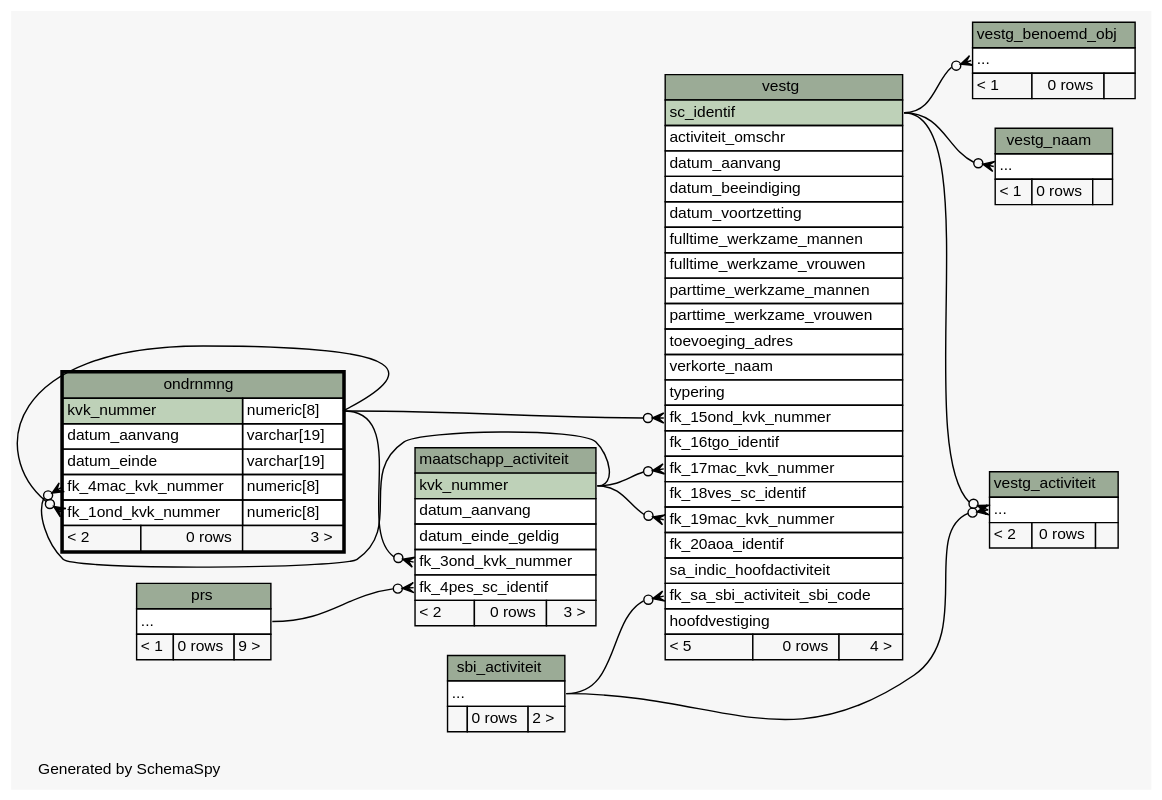
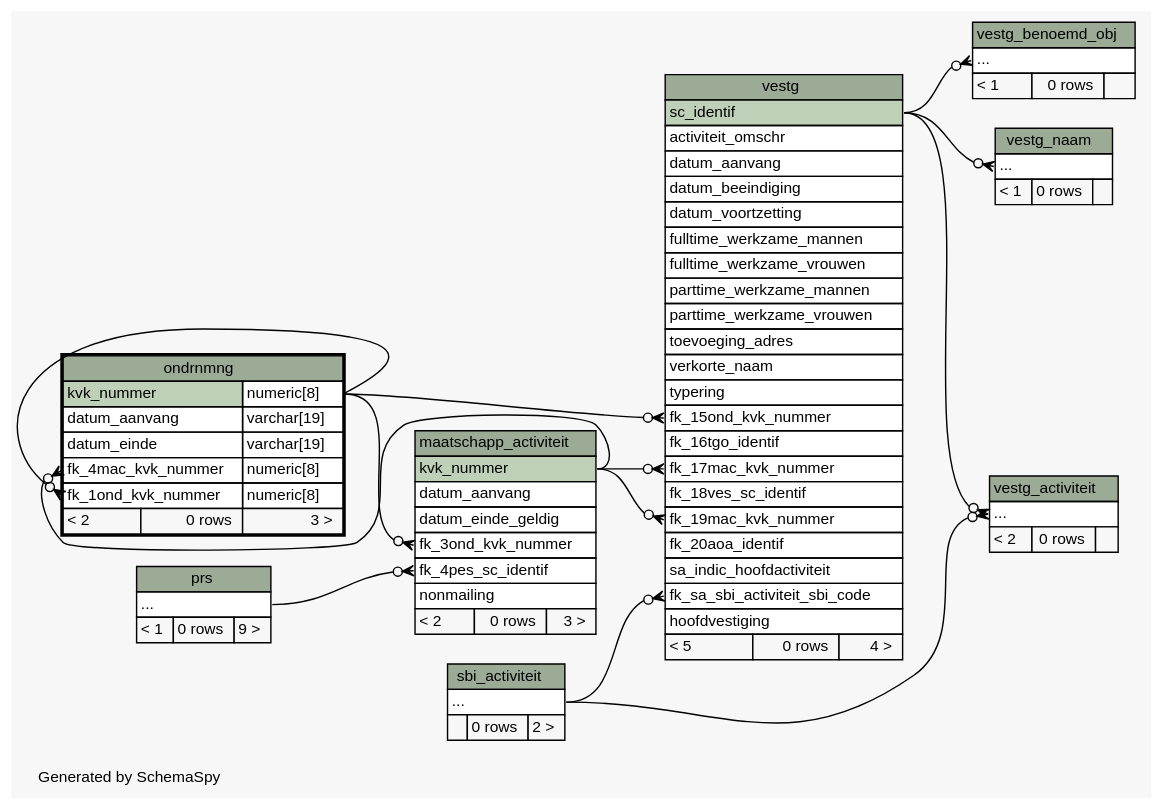
The diagram in datamodel/schemaspy/diagrams/ondrnmng.2degrees.dot (B3Partners/brmo), drawn with Graphviz before and after one commit. The commit also changed 13706 other files, not shown here.

```diff
--- a/datamodel/schemaspy/diagrams/ondrnmng.2degrees.dot
+++ b/datamodel/schemaspy/diagrams/ondrnmng.2degrees.dot
@@ -1,142 +1,143 @@
-// dot 2.43.0 on Linux 5.8.0-44-generic
+// dot 2.43.0 on Linux 5.11.0-27-generic
 // SchemaSpy rev Unknown
 digraph "twoDegreesRelationshipsDiagram" {
   graph [
     rankdir="RL"
     bgcolor="#f7f7f7"
     label="\nGenerated by SchemaSpy"
     labeljust="l"
     nodesep="0.18"
     ranksep="0.46"
     fontname="Helvetica"
     fontsize="11"
   ];
   node [
     fontname="Helvetica"
     fontsize="11"
     shape="plaintext"
   ];
   edge [
     arrowsize="0.8"
   ];
   "maatschapp_activiteit":"fk_3ond_kvk_nummer":w -> "ondrnmng":"kvk_nummer.type":e [arrowhead=none dir=back arrowtail=crowodot];
   "maatschapp_activiteit":"fk_4pes_sc_identif":w -> "prs":"elipses":e [arrowhead=none dir=back arrowtail=crowodot];
   "ondrnmng":"fk_1ond_kvk_nummer":w -> "ondrnmng":"kvk_nummer.type":e [arrowhead=none dir=back arrowtail=crowodot];
   "ondrnmng":"fk_4mac_kvk_nummer":w -> "maatschapp_activiteit":"kvk_nummer":e [arrowhead=none dir=back arrowtail=crowodot];
   "vestg":"fk_15ond_kvk_nummer":w -> "ondrnmng":"kvk_nummer.type":e [arrowhead=none dir=back arrowtail=crowodot];
   "vestg":"fk_17mac_kvk_nummer":w -> "maatschapp_activiteit":"kvk_nummer":e [arrowhead=none dir=back arrowtail=crowodot];
   "vestg":"fk_19mac_kvk_nummer":w -> "maatschapp_activiteit":"kvk_nummer":e [arrowhead=none dir=back arrowtail=crowodot];
   "vestg":"fk_sa_sbi_activiteit_sbi_code":w -> "sbi_activiteit":"elipses":e [arrowhead=none dir=back arrowtail=crowodot];
   "vestg_activiteit":"elipses":w -> "sbi_activiteit":"elipses":e [arrowhead=none dir=back arrowtail=crowodot];
   "vestg_activiteit":"elipses":w -> "vestg":"sc_identif":e [arrowhead=none dir=back arrowtail=crowodot];
   "vestg_benoemd_obj":"elipses":w -> "vestg":"sc_identif":e [arrowhead=none dir=back arrowtail=crowodot];
   "vestg_naam":"elipses":w -> "vestg":"sc_identif":e [arrowhead=none dir=back arrowtail=crowodot];
   "maatschapp_activiteit" [
     label=<
     <TABLE BORDER="0" CELLBORDER="1" CELLSPACING="0" BGCOLOR="#ffffff">
       <TR><TD COLSPAN="3" BGCOLOR="#9bab96" ALIGN="CENTER">maatschapp_activiteit</TD></TR>
       <TR><TD PORT="kvk_nummer" COLSPAN="3" BGCOLOR="#bed1b8" ALIGN="LEFT">kvk_nummer</TD></TR>
       <TR><TD PORT="datum_aanvang" COLSPAN="3" ALIGN="LEFT">datum_aanvang</TD></TR>
       <TR><TD PORT="datum_einde_geldig" COLSPAN="3" ALIGN="LEFT">datum_einde_geldig</TD></TR>
       <TR><TD PORT="fk_3ond_kvk_nummer" COLSPAN="3" ALIGN="LEFT">fk_3ond_kvk_nummer</TD></TR>
       <TR><TD PORT="fk_4pes_sc_identif" COLSPAN="3" ALIGN="LEFT">fk_4pes_sc_identif</TD></TR>
+      <TR><TD PORT="nonmailing" COLSPAN="3" ALIGN="LEFT">nonmailing</TD></TR>
       <TR><TD ALIGN="LEFT" BGCOLOR="#f7f7f7">&lt; 2</TD><TD ALIGN="RIGHT" BGCOLOR="#f7f7f7">0 rows</TD><TD ALIGN="RIGHT" BGCOLOR="#f7f7f7">3 &gt;</TD></TR>
     </TABLE>>
     URL="maatschapp_activiteit.html"
     tooltip="maatschapp_activiteit"
   ];
   "ondrnmng" [
     label=<
     <TABLE BORDER="2" CELLBORDER="1" CELLSPACING="0" BGCOLOR="#ffffff">
       <TR><TD COLSPAN="3" BGCOLOR="#9bab96" ALIGN="CENTER">ondrnmng</TD></TR>
       <TR><TD PORT="kvk_nummer" COLSPAN="2" BGCOLOR="#bed1b8" ALIGN="LEFT">kvk_nummer</TD><TD PORT="kvk_nummer.type" ALIGN="LEFT">numeric[8]</TD></TR>
       <TR><TD PORT="datum_aanvang" COLSPAN="2" ALIGN="LEFT">datum_aanvang</TD><TD PORT="datum_aanvang.type" ALIGN="LEFT">varchar[19]</TD></TR>
       <TR><TD PORT="datum_einde" COLSPAN="2" ALIGN="LEFT">datum_einde</TD><TD PORT="datum_einde.type" ALIGN="LEFT">varchar[19]</TD></TR>
       <TR><TD PORT="fk_4mac_kvk_nummer" COLSPAN="2" ALIGN="LEFT">fk_4mac_kvk_nummer</TD><TD PORT="fk_4mac_kvk_nummer.type" ALIGN="LEFT">numeric[8]</TD></TR>
       <TR><TD PORT="fk_1ond_kvk_nummer" COLSPAN="2" ALIGN="LEFT">fk_1ond_kvk_nummer</TD><TD PORT="fk_1ond_kvk_nummer.type" ALIGN="LEFT">numeric[8]</TD></TR>
       <TR><TD ALIGN="LEFT" BGCOLOR="#f7f7f7">&lt; 2</TD><TD ALIGN="RIGHT" BGCOLOR="#f7f7f7">0 rows</TD><TD ALIGN="RIGHT" BGCOLOR="#f7f7f7">3 &gt;</TD></TR>
     </TABLE>>
     URL="ondrnmng.html"
     tooltip="ondrnmng"
   ];
   "prs" [
     label=<
     <TABLE BORDER="0" CELLBORDER="1" CELLSPACING="0" BGCOLOR="#ffffff">
       <TR><TD COLSPAN="3" BGCOLOR="#9bab96" ALIGN="CENTER">prs</TD></TR>
       <TR><TD PORT="elipses" COLSPAN="3" ALIGN="LEFT">...</TD></TR>
       <TR><TD ALIGN="LEFT" BGCOLOR="#f7f7f7">&lt; 1</TD><TD ALIGN="RIGHT" BGCOLOR="#f7f7f7">0 rows</TD><TD ALIGN="RIGHT" BGCOLOR="#f7f7f7">9 &gt;</TD></TR>
     </TABLE>>
     URL="prs.html"
     tooltip="prs"
   ];
   "sbi_activiteit" [
     label=<
     <TABLE BORDER="0" CELLBORDER="1" CELLSPACING="0" BGCOLOR="#ffffff">
       <TR><TD COLSPAN="3" BGCOLOR="#9bab96" ALIGN="CENTER">sbi_activiteit</TD></TR>
       <TR><TD PORT="elipses" COLSPAN="3" ALIGN="LEFT">...</TD></TR>
       <TR><TD ALIGN="LEFT" BGCOLOR="#f7f7f7">  </TD><TD ALIGN="RIGHT" BGCOLOR="#f7f7f7">0 rows</TD><TD ALIGN="RIGHT" BGCOLOR="#f7f7f7">2 &gt;</TD></TR>
     </TABLE>>
     URL="sbi_activiteit.html"
     tooltip="sbi_activiteit"
   ];
   "vestg" [
     label=<
     <TABLE BORDER="0" CELLBORDER="1" CELLSPACING="0" BGCOLOR="#ffffff">
       <TR><TD COLSPAN="3" BGCOLOR="#9bab96" ALIGN="CENTER">vestg</TD></TR>
       <TR><TD PORT="sc_identif" COLSPAN="3" BGCOLOR="#bed1b8" ALIGN="LEFT">sc_identif</TD></TR>
       <TR><TD PORT="activiteit_omschr" COLSPAN="3" ALIGN="LEFT">activiteit_omschr</TD></TR>
       <TR><TD PORT="datum_aanvang" COLSPAN="3" ALIGN="LEFT">datum_aanvang</TD></TR>
       <TR><TD PORT="datum_beeindiging" COLSPAN="3" ALIGN="LEFT">datum_beeindiging</TD></TR>
       <TR><TD PORT="datum_voortzetting" COLSPAN="3" ALIGN="LEFT">datum_voortzetting</TD></TR>
       <TR><TD PORT="fulltime_werkzame_mannen" COLSPAN="3" ALIGN="LEFT">fulltime_werkzame_mannen</TD></TR>
       <TR><TD PORT="fulltime_werkzame_vrouwen" COLSPAN="3" ALIGN="LEFT">fulltime_werkzame_vrouwen</TD></TR>
       <TR><TD PORT="parttime_werkzame_mannen" COLSPAN="3" ALIGN="LEFT">parttime_werkzame_mannen</TD></TR>
       <TR><TD PORT="parttime_werkzame_vrouwen" COLSPAN="3" ALIGN="LEFT">parttime_werkzame_vrouwen</TD></TR>
       <TR><TD PORT="toevoeging_adres" COLSPAN="3" ALIGN="LEFT">toevoeging_adres</TD></TR>
       <TR><TD PORT="verkorte_naam" COLSPAN="3" ALIGN="LEFT">verkorte_naam</TD></TR>
       <TR><TD PORT="typering" COLSPAN="3" ALIGN="LEFT">typering</TD></TR>
       <TR><TD PORT="fk_15ond_kvk_nummer" COLSPAN="3" ALIGN="LEFT">fk_15ond_kvk_nummer</TD></TR>
       <TR><TD PORT="fk_16tgo_identif" COLSPAN="3" ALIGN="LEFT">fk_16tgo_identif</TD></TR>
       <TR><TD PORT="fk_17mac_kvk_nummer" COLSPAN="3" ALIGN="LEFT">fk_17mac_kvk_nummer</TD></TR>
       <TR><TD PORT="fk_18ves_sc_identif" COLSPAN="3" ALIGN="LEFT">fk_18ves_sc_identif</TD></TR>
       <TR><TD PORT="fk_19mac_kvk_nummer" COLSPAN="3" ALIGN="LEFT">fk_19mac_kvk_nummer</TD></TR>
       <TR><TD PORT="fk_20aoa_identif" COLSPAN="3" ALIGN="LEFT">fk_20aoa_identif</TD></TR>
       <TR><TD PORT="sa_indic_hoofdactiviteit" COLSPAN="3" ALIGN="LEFT">sa_indic_hoofdactiviteit</TD></TR>
       <TR><TD PORT="fk_sa_sbi_activiteit_sbi_code" COLSPAN="3" ALIGN="LEFT">fk_sa_sbi_activiteit_sbi_code</TD></TR>
       <TR><TD PORT="hoofdvestiging" COLSPAN="3" ALIGN="LEFT">hoofdvestiging</TD></TR>
       <TR><TD ALIGN="LEFT" BGCOLOR="#f7f7f7">&lt; 5</TD><TD ALIGN="RIGHT" BGCOLOR="#f7f7f7">0 rows</TD><TD ALIGN="RIGHT" BGCOLOR="#f7f7f7">4 &gt;</TD></TR>
     </TABLE>>
     URL="vestg.html"
     tooltip="vestg"
   ];
   "vestg_activiteit" [
     label=<
     <TABLE BORDER="0" CELLBORDER="1" CELLSPACING="0" BGCOLOR="#ffffff">
       <TR><TD COLSPAN="3" BGCOLOR="#9bab96" ALIGN="CENTER">vestg_activiteit</TD></TR>
       <TR><TD PORT="elipses" COLSPAN="3" ALIGN="LEFT">...</TD></TR>
       <TR><TD ALIGN="LEFT" BGCOLOR="#f7f7f7">&lt; 2</TD><TD ALIGN="RIGHT" BGCOLOR="#f7f7f7">0 rows</TD><TD ALIGN="RIGHT" BGCOLOR="#f7f7f7">  </TD></TR>
     </TABLE>>
     URL="vestg_activiteit.html"
     tooltip="vestg_activiteit"
   ];
   "vestg_benoemd_obj" [
     label=<
     <TABLE BORDER="0" CELLBORDER="1" CELLSPACING="0" BGCOLOR="#ffffff">
       <TR><TD COLSPAN="3" BGCOLOR="#9bab96" ALIGN="CENTER">vestg_benoemd_obj</TD></TR>
       <TR><TD PORT="elipses" COLSPAN="3" ALIGN="LEFT">...</TD></TR>
       <TR><TD ALIGN="LEFT" BGCOLOR="#f7f7f7">&lt; 1</TD><TD ALIGN="RIGHT" BGCOLOR="#f7f7f7">0 rows</TD><TD ALIGN="RIGHT" BGCOLOR="#f7f7f7">  </TD></TR>
     </TABLE>>
     URL="vestg_benoemd_obj.html"
     tooltip="vestg_benoemd_obj"
   ];
   "vestg_naam" [
     label=<
     <TABLE BORDER="0" CELLBORDER="1" CELLSPACING="0" BGCOLOR="#ffffff">
       <TR><TD COLSPAN="3" BGCOLOR="#9bab96" ALIGN="CENTER">vestg_naam</TD></TR>
       <TR><TD PORT="elipses" COLSPAN="3" ALIGN="LEFT">...</TD></TR>
       <TR><TD ALIGN="LEFT" BGCOLOR="#f7f7f7">&lt; 1</TD><TD ALIGN="RIGHT" BGCOLOR="#f7f7f7">0 rows</TD><TD ALIGN="RIGHT" BGCOLOR="#f7f7f7">  </TD></TR>
     </TABLE>>
     URL="vestg_naam.html"
     tooltip="vestg_naam"
   ];
 }
```
